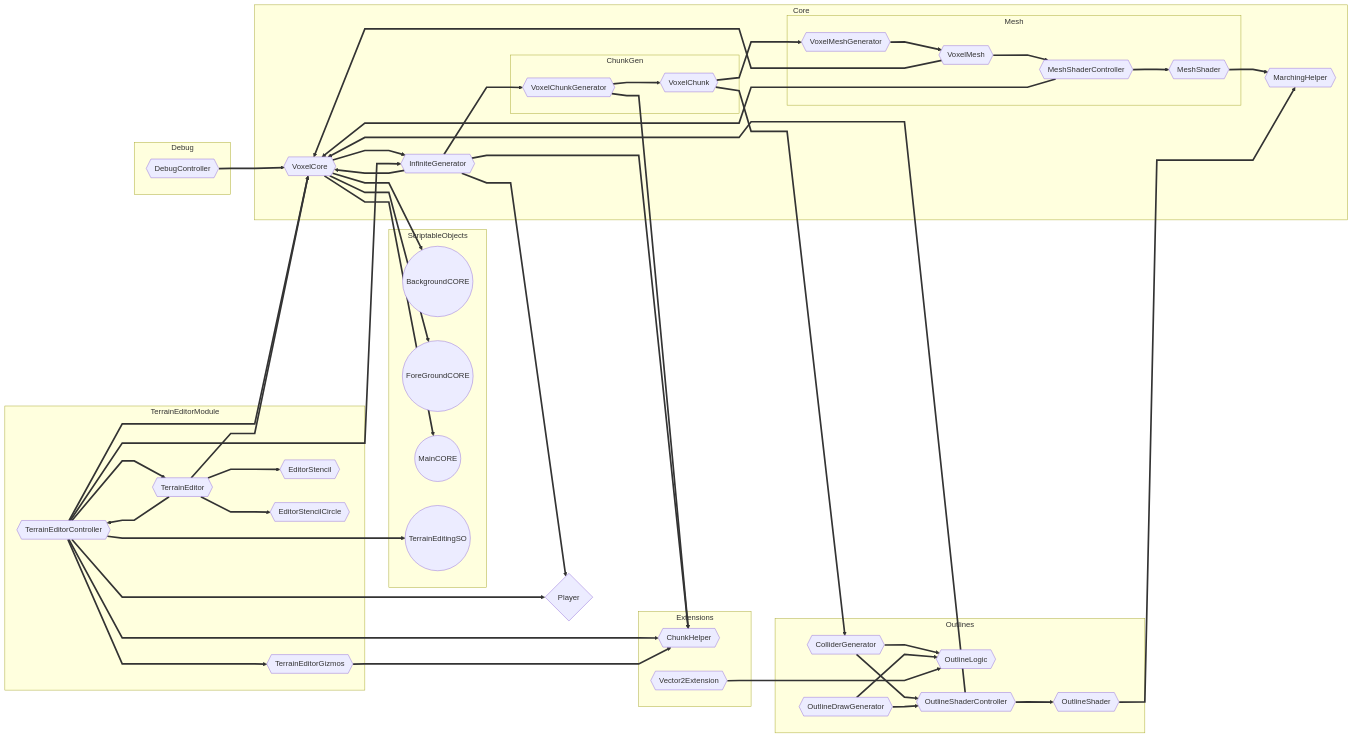
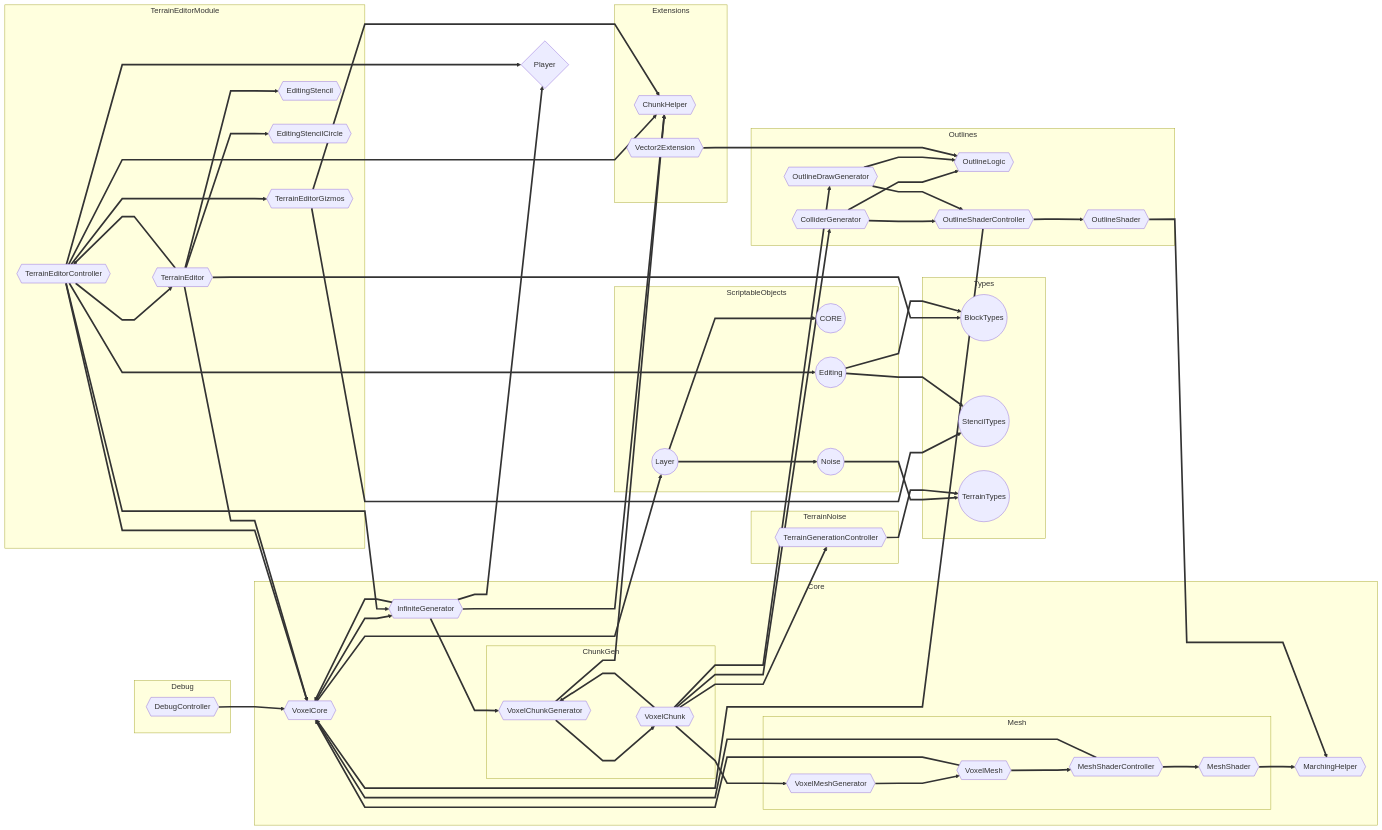
Before and after one commit to joesobo/Marching-Squares-2.0: the diagram in Assets/Graphs/CORE.md, drawn with Mermaid. The commit also changed 14 other files, not shown here.

Commit message:
docs: graphing and organization

````diff
--- a/Assets/Graphs/CORE.md
+++ b/Assets/Graphs/CORE.md
@@ -5,10 +5,17 @@
 
   %% ScriptableObjects
   subgraph ScriptableObjects
-    BackgroundCORE((BackgroundCORE));
-    ForeGroundCORE((ForeGroundCORE));
-    MainCORE((MainCORE));
-    TerrainEditingSO((TerrainEditingSO));
+    CORE((CORE));
+    Layer((Layer));
+    Noise((Noise));
+    Editing((Editing));
+  end
+
+   %% Types
+  subgraph Types
+    BlockTypes((BlockTypes));
+    StencilTypes((StencilTypes));
+    TerrainTypes((TerrainTypes));
   end
 
   %% Core Utilities
@@ -56,16 +63,25 @@
     TerrainEditorController{{TerrainEditorController}};
     TerrainEditorGizmos{{TerrainEditorGizmos}};
     TerrainEditor{{TerrainEditor}};
-    EditorStencil{{EditorStencil}};
-    EditorStencilCircle{{EditorStencilCircle}};
+    EditingStencil{{EditingStencil}};
+    EditingStencilCircle{{EditingStencilCircle}};
+  end
+
+  %% Terrain Noise
+  subgraph TerrainNoise
+    TerrainGenerationController{{TerrainGenerationController}};
   end
 
   Player{Player};
 
   %% Core Connections
-  VoxelCore ==> BackgroundCORE;
-  VoxelCore ==> ForeGroundCORE;
-  VoxelCore ==> MainCORE;
+  Layer ==> CORE;
+
+  Layer ==> Noise;
+
+  Noise ==> TerrainTypes;
+
+  VoxelCore ==> Layer;
   VoxelCore ==> InfiniteGenerator;
 
   InfiniteGenerator ==> VoxelCore;
@@ -78,6 +94,9 @@
 
   VoxelChunk ==> ColliderGenerator;
   VoxelChunk ==> VoxelMeshGenerator;
+  VoxelChunk ==> TerrainGenerationController;
+  VoxelChunk ==> VoxelChunkGenerator;
+  VoxelChunk ==> OutlineDrawGenerator;
 
   ColliderGenerator ==> OutlineLogic;
   ColliderGenerator ==> OutlineShaderController;
@@ -104,7 +123,7 @@
   DebugController ==> VoxelCore;
 
   TerrainEditorController ==> VoxelCore;
-  TerrainEditorController ==> TerrainEditingSO;
+  TerrainEditorController ==> Editing;
   TerrainEditorController ==> InfiniteGenerator;
   TerrainEditorController ==> Player;
   TerrainEditorController ==> TerrainEditorGizmos;
@@ -112,9 +131,16 @@
   TerrainEditorController ==> TerrainEditor;
 
   TerrainEditorGizmos ==> ChunkHelper;
+  TerrainEditorGizmos ==> StencilTypes;
 
   TerrainEditor ==> VoxelCore;
   TerrainEditor ==> TerrainEditorController;
-  TerrainEditor ==> EditorStencil;
-  TerrainEditor ==> EditorStencilCircle;
+  TerrainEditor ==> EditingStencil;
+  TerrainEditor ==> EditingStencilCircle;
+  TerrainEditor ==> BlockTypes;
+
+  TerrainGenerationController ==> TerrainTypes;
+
+  Editing ==> BlockTypes;
+  Editing ==> StencilTypes;
 ```
````
